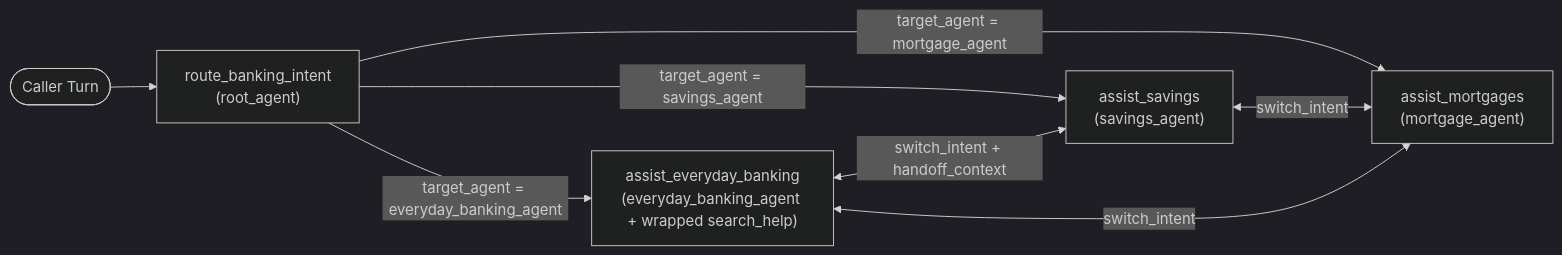
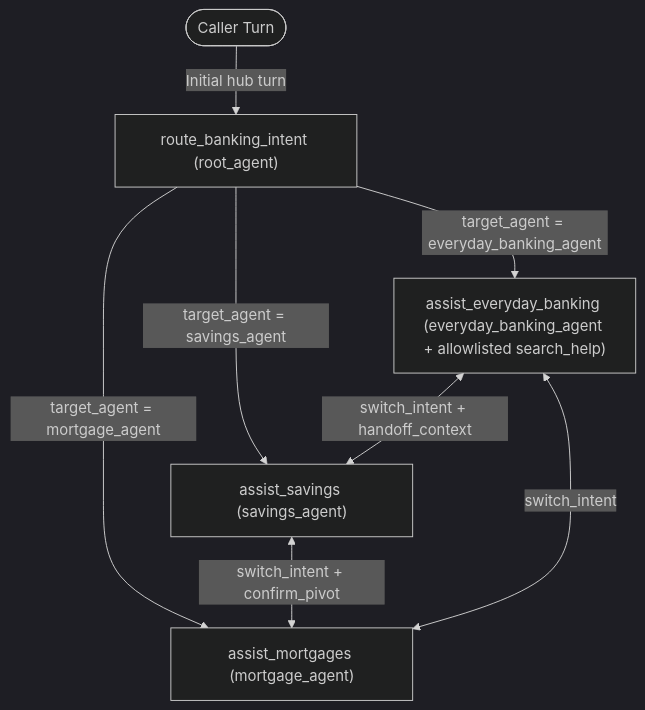
The diagram in docs/tools/README.md (oliviervg1/gecx-bank-demo), drawn with Mermaid (dark theme) before and after one commit. The commit also changed other lines of this file and 19 other files, not shown here.

````diff
--- a/docs/tools/README.md
+++ b/docs/tools/README.md
@@ -7,10 +7,16 @@
 ```mermaid
-flowchart LR
-    Entry(["Caller Turn"]) --> R["route_banking_intent<br/>(root_agent)"]
-    R -->|"target_agent = everyday_banking_agent"| EB["assist_everyday_banking<br/>(everyday_banking_agent + wrapped search_help)"]
-    R -->|"target_agent = savings_agent"| SAV["assist_savings<br/>(savings_agent)"]
-    R -->|"target_agent = mortgage_agent"| MTG["assist_mortgages<br/>(mortgage_agent)"]
+flowchart TD
+    Entry(["Caller Turn"])
+    R["route_banking_intent (root_agent)"]
+    EB["assist_everyday_banking (everyday_banking_agent + allowlisted search_help)"]
+    SAV["assist_savings (savings_agent)"]
+    MTG["assist_mortgages (mortgage_agent)"]
+
+    Entry -->|"Initial hub turn"| R
+    R -->|"target_agent = everyday_banking_agent"| EB
+    R -->|"target_agent = savings_agent"| SAV
+    R -->|"target_agent = mortgage_agent"| MTG
     EB <-->|"switch_intent + handoff_context"| SAV
-    SAV <-->|"switch_intent"| MTG
+    SAV <-->|"switch_intent + confirm_pivot"| MTG
     EB <-->|"switch_intent"| MTG
 ```
````
